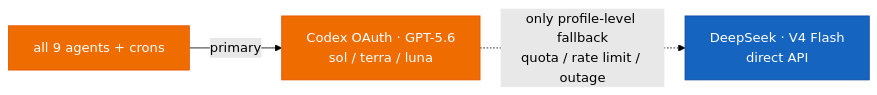
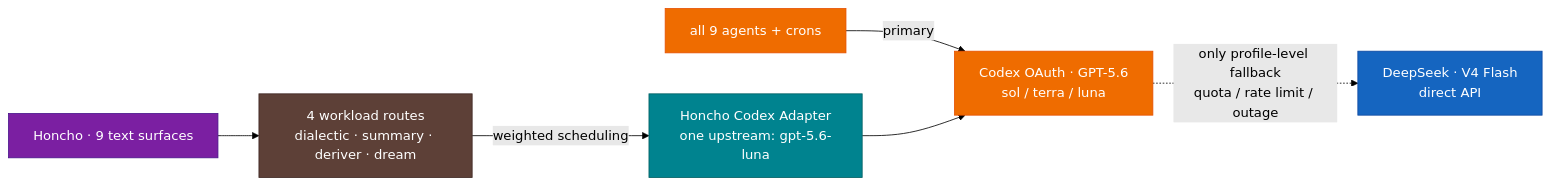
One commit to mpolatcan/hermes-setup changed the diagram in docs/04-models.md. Above: the diagram before and after it, drawn with Mermaid (forest theme). The commit also changed 22 other files, not shown here.

First line of the commit message:
refactor(honcho): separate workload routes from model identity

````diff
--- a/docs/04-models.md
+++ b/docs/04-models.md
@@ -11,8 +11,13 @@
 ```mermaid
 flowchart LR
     all9["all 9 agents + crons"]:::codex -->|primary| codex56["Codex OAuth · GPT-5.6<br/>sol / terra / luna"]:::codex
     codex56 -. "only profile-level fallback<br/>quota / rate limit / outage" .-> ds2["DeepSeek · V4 Flash<br/>direct API"]:::ds
+    honcho["Honcho · 9 text surfaces"]:::infra --> routes["4 workload routes<br/>dialectic · summary · deriver · dream"]:::route
+    routes -->|"weighted scheduling"| adapter["Honcho Codex Adapter<br/>one upstream: gpt-5.6-luna"]:::svc --> codex56
 
     classDef codex fill:#EF6C00,stroke:#E65100,color:#fff
     classDef ds fill:#1565C0,stroke:#0D47A1,color:#fff
+    classDef infra fill:#7B1FA2,stroke:#4A148C,color:#fff
+    classDef route fill:#5D4037,stroke:#3E2723,color:#fff
+    classDef svc fill:#00838F,stroke:#006064,color:#fff
 ```
````
